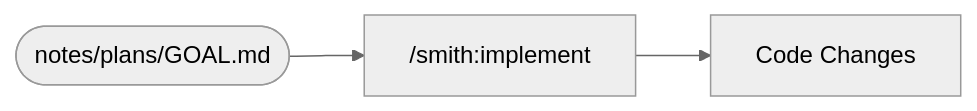
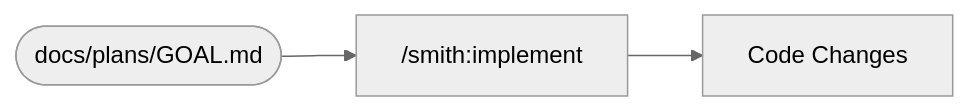
Before and after one commit to brettbuddin/claude-plugins: the fourth of 4 diagrams in smith/README.md, drawn with Mermaid (neutral theme). The commit also changed other lines of this file and 14 other files, not shown here.

````diff
--- a/smith/README.md
+++ b/smith/README.md
@@ -80,4 +80,4 @@
 ```mermaid
 flowchart LR
-    PD(["notes/plans/GOAL.md"]) --> I["/smith:implement"] --> C["Code Changes"]
+    PD(["docs/plans/GOAL.md"]) --> I["/smith:implement"] --> C["Code Changes"]
 ```
````
